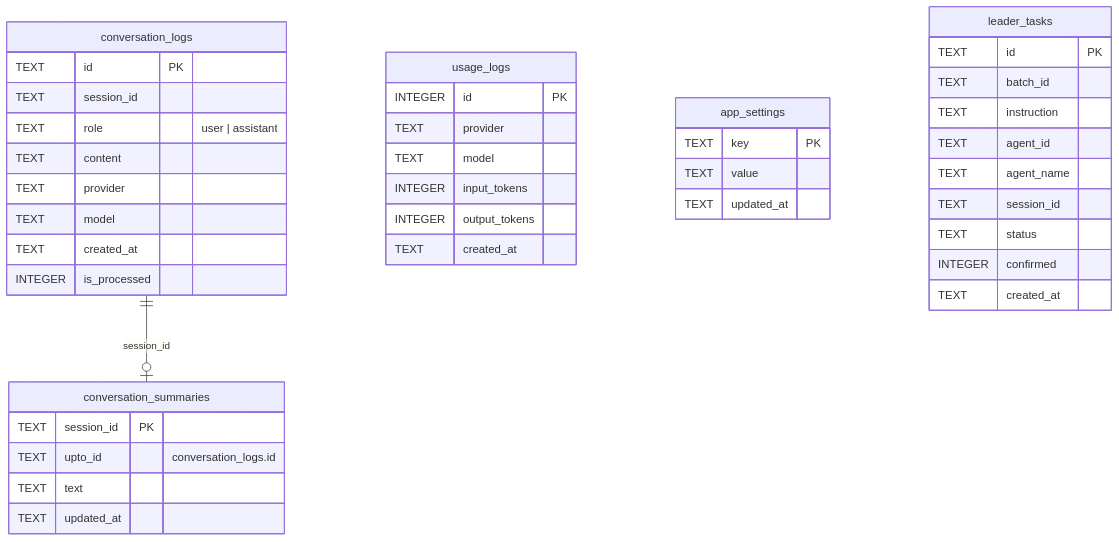
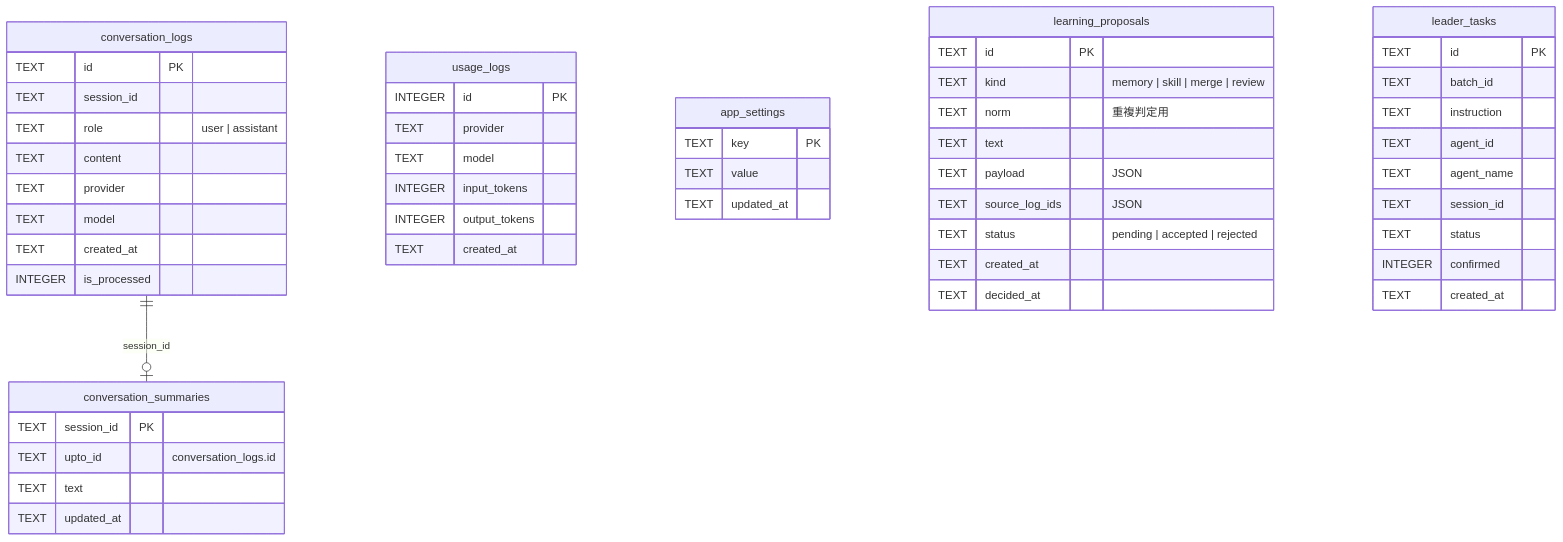
The diagram in docs/data-and-settings.md (long-in/MyAssistant), drawn with Mermaid before and after one commit. The commit also changed other lines of this file and 8 other files, not shown here.

````diff
--- a/docs/data-and-settings.md
+++ b/docs/data-and-settings.md
@@ -33,44 +33,55 @@
 ```mermaid
 erDiagram
   conversation_logs ||--o| conversation_summaries : "session_id"
   conversation_logs {
     TEXT id PK
     TEXT session_id
     TEXT role "user | assistant"
     TEXT content
     TEXT provider
     TEXT model
     TEXT created_at
     INTEGER is_processed
   }
   conversation_summaries {
     TEXT session_id PK
     TEXT upto_id "conversation_logs.id"
     TEXT text
     TEXT updated_at
   }
   usage_logs {
     INTEGER id PK
     TEXT provider
     TEXT model
     INTEGER input_tokens
     INTEGER output_tokens
     TEXT created_at
   }
   app_settings {
     TEXT key PK
     TEXT value
     TEXT updated_at
   }
+  learning_proposals {
+    TEXT id PK
+    TEXT kind "memory | skill | merge | review"
+    TEXT norm "重複判定用"
+    TEXT text
+    TEXT payload "JSON"
+    TEXT source_log_ids "JSON"
+    TEXT status "pending | accepted | rejected"
+    TEXT created_at
+    TEXT decided_at
+  }
   leader_tasks {
     TEXT id PK
     TEXT batch_id
     TEXT instruction
     TEXT agent_id
     TEXT agent_name
     TEXT session_id
     TEXT status
     INTEGER confirmed
     TEXT created_at
   }
 ```
````
